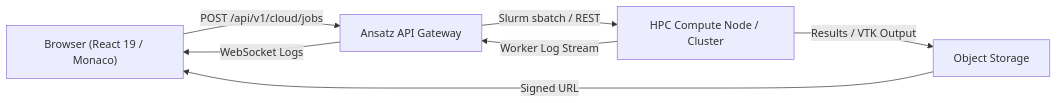
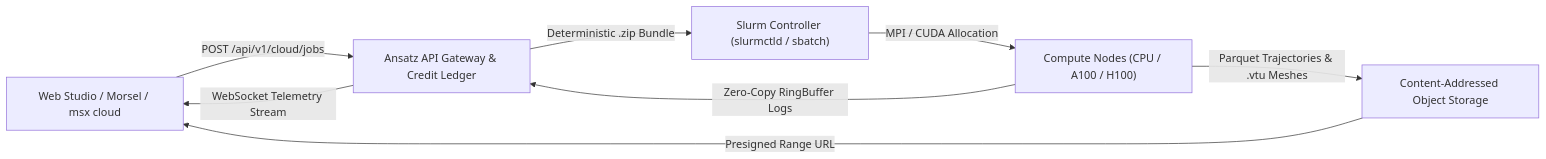
Before and after one commit to modelscript/modelscript: the diagram in apps/docs/docs/ansatz/cloud-hpc.md, drawn with Mermaid. The commit also changed other lines of this file and 449 other files, not shown here.

````diff
--- a/apps/docs/docs/ansatz/cloud-hpc.md
+++ b/apps/docs/docs/ansatz/cloud-hpc.md
@@ -9,9 +14,10 @@
 ```mermaid
 flowchart LR
-    A["Browser (React 19 / Monaco)"] -->|POST /api/v1/cloud/jobs| B["Ansatz API Gateway"]
-    B -->|Slurm sbatch / REST| C["HPC Compute Node / Cluster"]
-    C -->|Worker Log Stream| B
-    B -->|WebSocket Logs| A
-    C -->|Results / VTK Output| D["Object Storage"]
-    D -->|Signed URL| A
+    A["Web Studio / Morsel / msx cloud"] -->|"POST /api/v1/cloud/jobs"| B["Ansatz API Gateway & Credit Ledger"]
+    B -->|"Deterministic .zip Bundle"| C["Slurm Controller (slurmctld / sbatch)"]
+    C -->|"MPI / CUDA Allocation"| D["Compute Nodes (CPU / A100 / H100)"]
+    D -->|"Zero-Copy RingBuffer Logs"| B
+    B -->|"WebSocket Telemetry Stream"| A
+    D -->|"Parquet Trajectories & .vtu Meshes"| E["Content-Addressed Object Storage"]
+    E -->|"Presigned Range URL"| A
 ```
````
